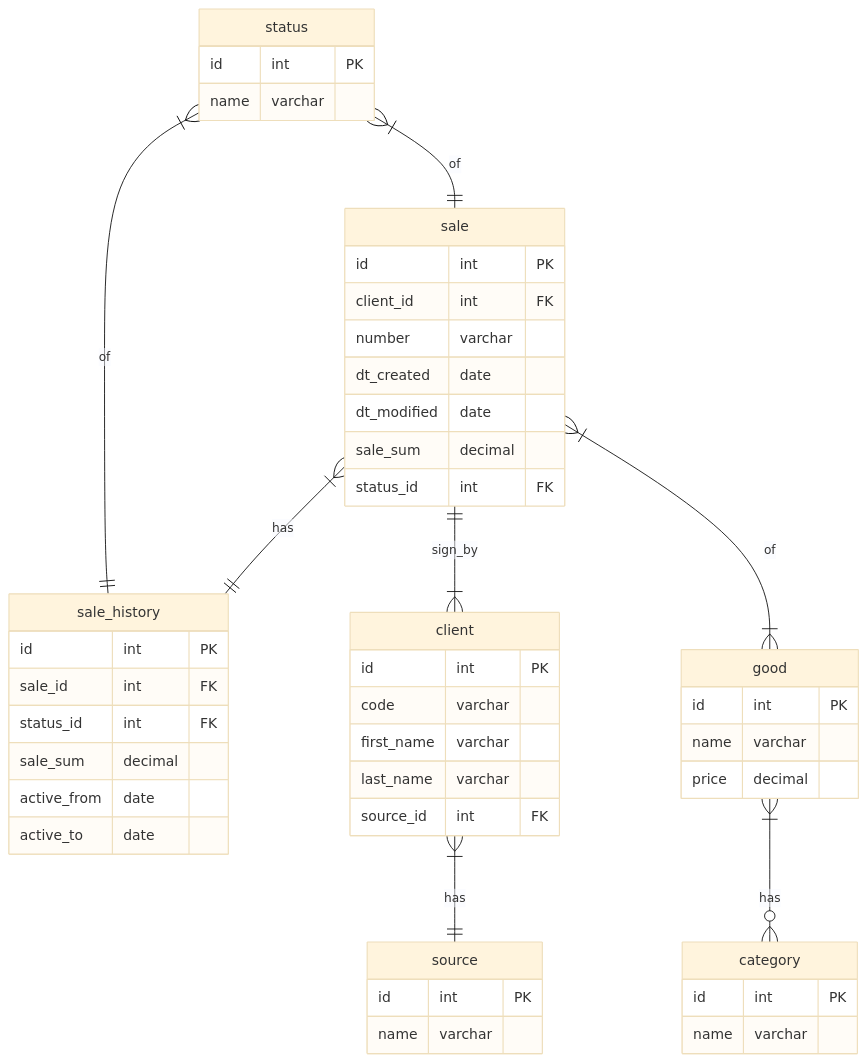
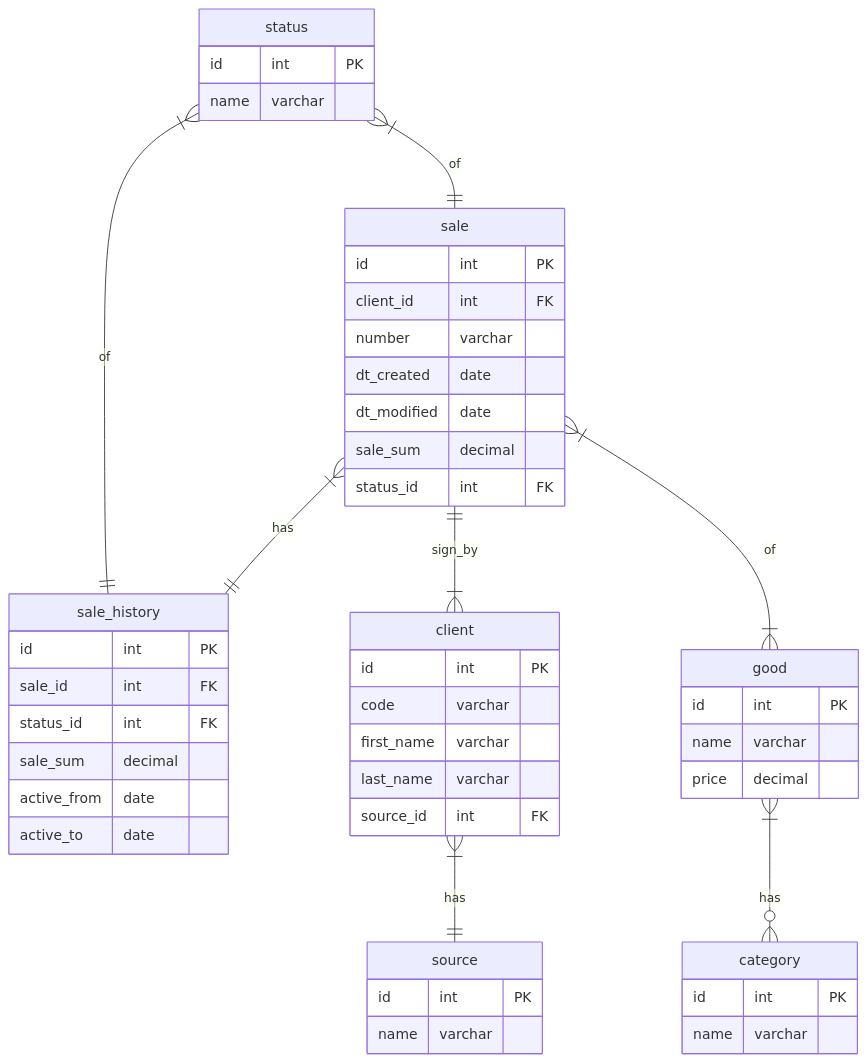
One commit to MikeKondr99/NTDPS changed the diagram in markdown/task3.md. Above: the diagram before and after it, drawn with Mermaid.

Commit message:
исправил ужасную тему

````diff
--- a/markdown/task3.md
+++ b/markdown/task3.md
@@ -7,60 +7,60 @@
 ```mermaid
-%%{init: {'theme': 'base' }}%%
+%%{init: {'themeCSS': '.er.entityLabel {stroke: black !important;} .er.entityBox { fill:rgb(181, 181, 238) !important; }'}}%%
 erDiagram
 
 sale_history {
     id int PK
     sale_id int FK
     status_id int FK
     sale_sum decimal 
     active_from date
     active_to date
 }
 
 status {
     id int PK
     name varchar
 }
 
 sale {
     id int PK
     client_id int FK
     number varchar
     dt_created date
     dt_modified date
     sale_sum decimal
     status_id int FK
 }
 
 category {
     id int PK
     name varchar
 }
 
 good {
     id int PK
     name varchar
     price decimal
 }
 
 client {
     id int PK
     code varchar
     first_name varchar
     last_name varchar
     source_id int FK
 }
 
 source {
     id int PK
     name varchar
 }
 
 client }|--|| source : has
 sale ||--|{ client : sign_by
 good }|--o{ category : has
 sale }|--|| sale_history : has
 status }|--|| sale_history : of
 status }|--|| sale : of
 sale }|--|{ good : of
 ```
````
